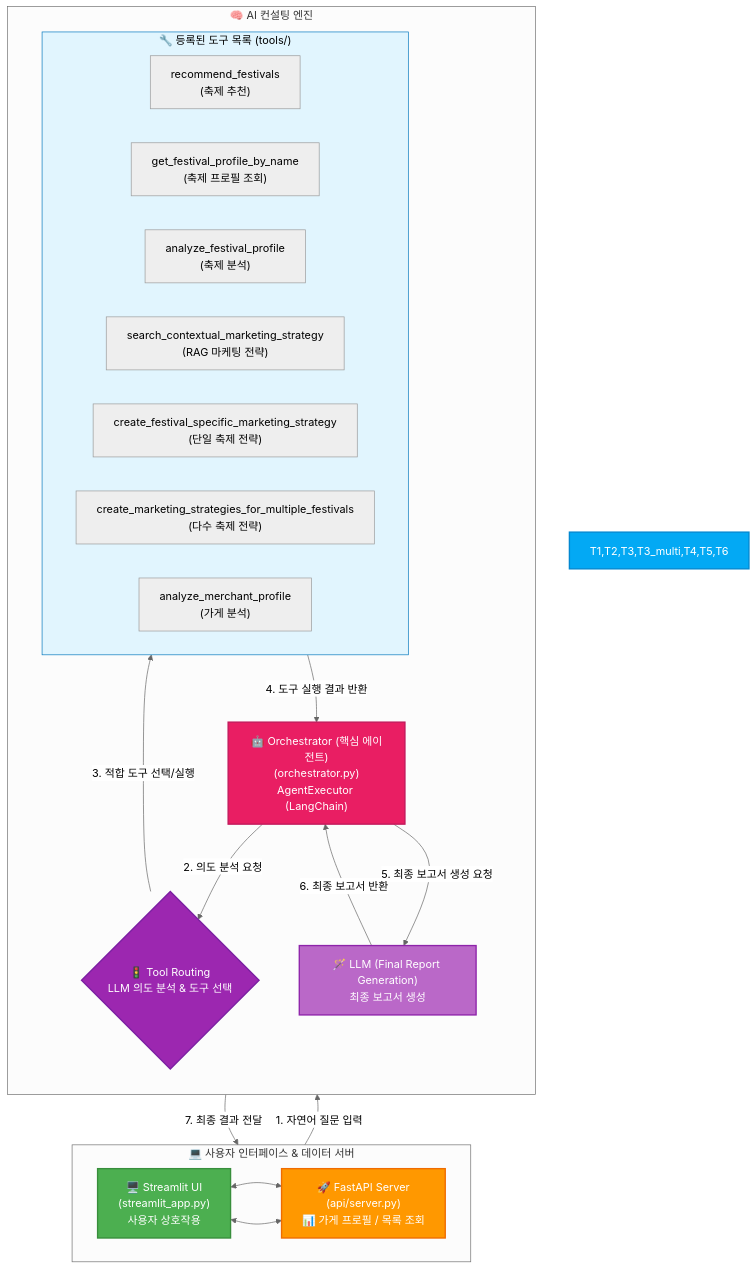
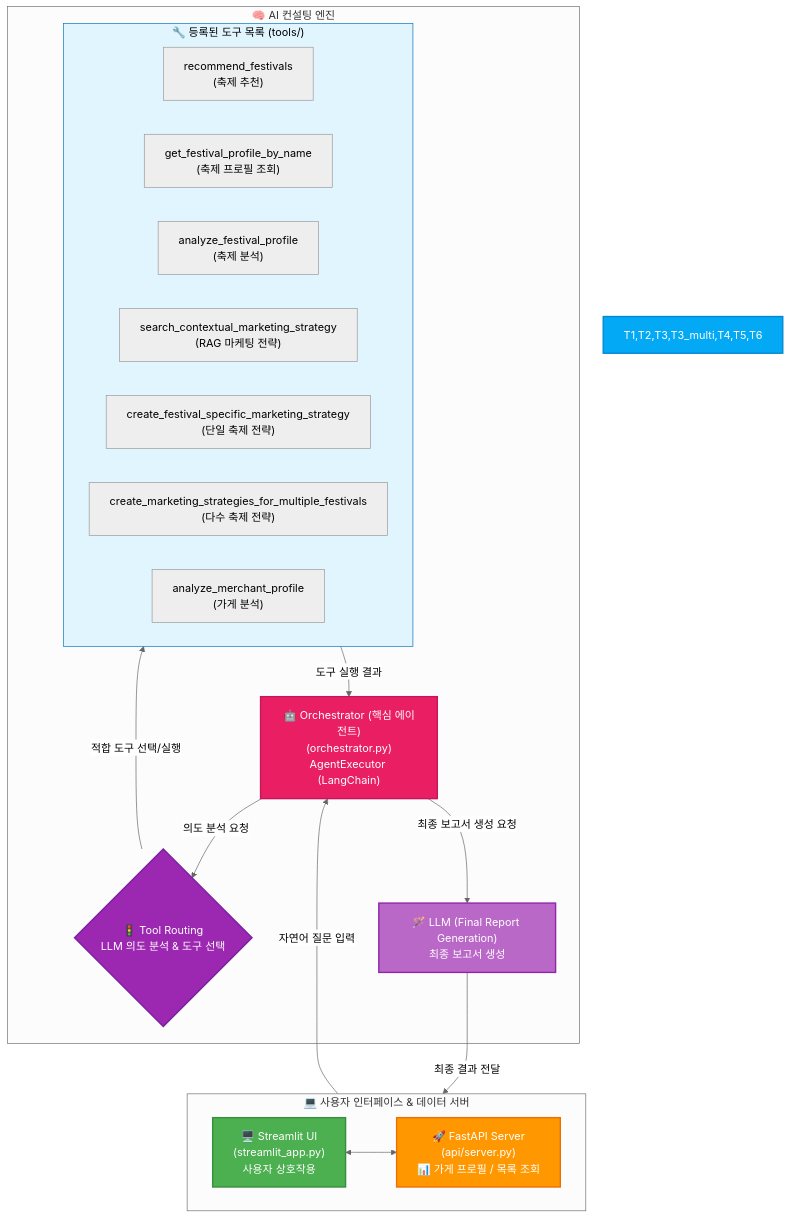
One commit to Synapse-Bigcontest/2025_bigcontest changed the first of 4 diagrams in README.md. Above: the diagram before and after it, drawn with Mermaid (neutral theme).

````diff
--- a/README.md
+++ b/README.md
@@ -84,59 +84,103 @@
 ```mermaid
+
 graph TD
+
     %% ========================
+
     %% 사용자 인터페이스 & 데이터 서버
+
     %% ========================
+
     subgraph SG_UserServer ["💻 사용자 인터페이스 & 데이터 서버"]
+
         direction LR
+
         A["🖥️ Streamlit UI\n(streamlit_app.py)\n사용자 상호작용"] <--> B["🚀 FastAPI Server\n(api/server.py)\n📊 가게 프로필 / 목록 조회"]
+
     end
 
+
+
     %% ========================
-    %% AI 컨설팅 엔진 (수정)
+
+    %% AI 컨설팅 엔진
+
     %% ========================
+
     subgraph SG_Engine ["🧠 AI 컨설팅 엔진"]
-        direction TD
-        
+
         C["🤖 Orchestrator (핵심 에이전트)\n(orchestrator.py)\nAgentExecutor (LangChain)"]
+
         D{"🚦 Tool Routing\nLLM 의도 분석 & 도구 선택"}
 
+
+
         subgraph SG_Tools ["🔧 등록된 도구 목록 (tools/)"]
+
+            %% 'direction TD' 라인 제거 (graph TD와 중복되어 불필요)
+
             T1["recommend_festivals\n(축제 추천)"]
+
             T6["get_festival_profile_by_name\n(축제 프로필 조회)"]
+
             T5["analyze_festival_profile\n(축제 분석)"]
+
             T2["search_contextual_marketing_strategy\n(RAG 마케팅 전략)"]
+
             T3["create_festival_specific_marketing_strategy\n(단일 축제 전략)"]
+
             T3_multi["create_marketing_strategies_for_multiple_festivals\n(다수 축제 전략)"]
+
             T4["analyze_merchant_profile\n(가게 분석)"]
+
         end
 
+
+
         LLM_Final["🪄 LLM (Final Report Generation)\n최종 보고서 생성"]
+
     end
 
-    %% ========================
-    %% 연결 관계
-    %% ========================
-    
-    %% UI와 API 서버는 상호작용 (데이터 로딩 등)
-    A <--> B
 
-    %% 메인 에이전트 흐름
-    A -- "1. 자연어 질문 입력" --> C
-    C -- "2. 의도 분석 요청" --> D
-    D -- "3. 적합 도구 선택/실행" --> SG_Tools  
-    SG_Tools -- "4. 도구 실행 결과 반환" --> C       
-    C -- "5. 최종 보고서 생성 요청" --> LLM_Final
-    LLM_Final -- "6. 최종 보고서 반환" --> C
-    C -- "7. 최종 결과 전달" --> A
 
     %% ========================
+
+    %% 연결 관계 (수정)
+
+    %% ========================
+
+    A -- "자연어 질문 입력" --> C
+
+    C -- "의도 분석 요청" --> D
+
+    D -- "적합 도구 선택/실행" --> SG_Tools  
+
+    SG_Tools -- "도구 실행 결과" --> C      
+
+    C -- "최종 보고서 생성 요청" --> LLM_Final
+
+    LLM_Final -- "최종 결과 전달" --> A
+
+
+
+    %% ========================
+
     %% 스타일 지정 (GitHub 호환)
+
     %% ========================
+
     style A fill:#4CAF50,color:#fff,stroke:#388E3C,stroke-width:2px
+
     style B fill:#FF9800,color:#fff,stroke:#EF6C00,stroke-width:2px
+
     style C fill:#E91E63,color:#fff,stroke:#C2185B,stroke-width:2px
+
     style D fill:#9C27B0,color:#fff,stroke:#7B1FA2,stroke-width:2px,shape:diamond
+
     style SG_Tools fill:#E1F5FE, stroke:#0277BD,color:#000
+
     style T1,T2,T3,T3_multi,T4,T5,T6 fill:#03A9F4,color:#fff,stroke:#0288D1,stroke-width:2px,shape:hexagon
+
     style LLM_Final fill:#BA68C8,color:#fff,stroke:#8E24AA,stroke-width:2px
+
 ```
````
